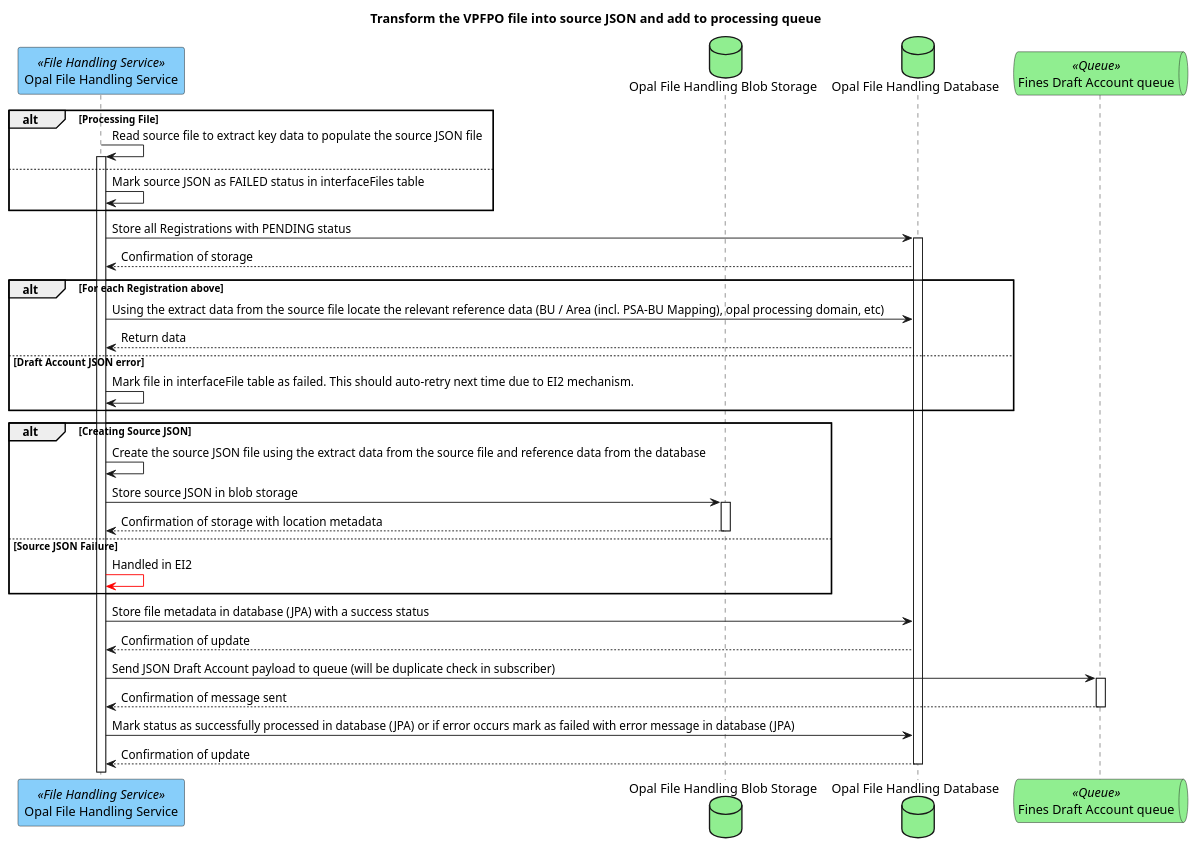
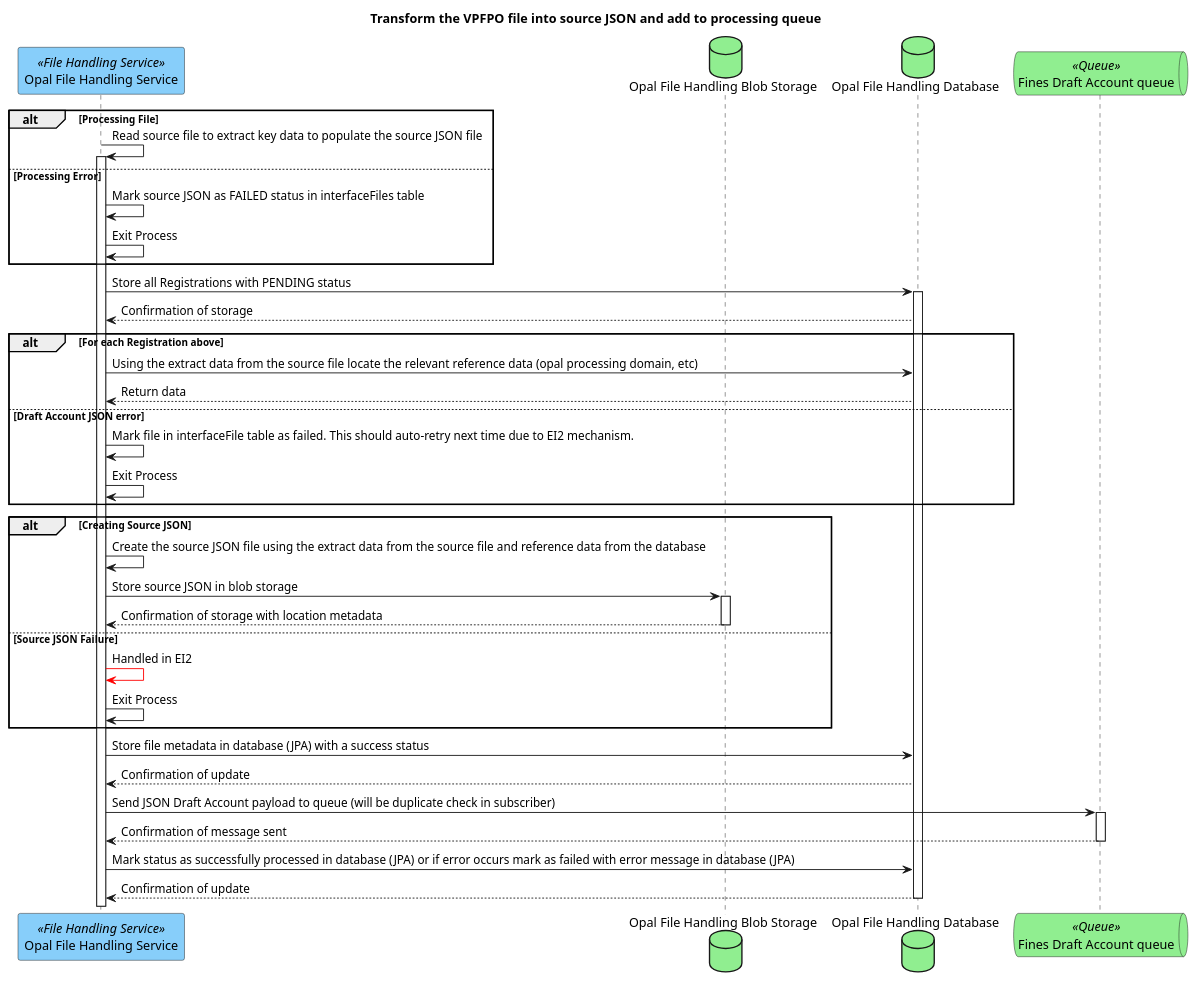
Before and after one commit to hmcts/opal-docs: the diagram in plantUML/external-interfaces/vpfpo-process-source-json.puml, drawn with PlantUML.

Commit message:
Explicitly showing exit process on VPFPO source JSON puml and removing PSA-BU mapping: wrong service.

```diff
--- a/plantUML/external-interfaces/vpfpo-process-source-json.puml
+++ b/plantUML/external-interfaces/vpfpo-process-source-json.puml
@@ -1,41 +1,44 @@
 @startuml
 title Transform the VPFPO file into source JSON and add to processing queue
 
 participant "Opal File Handling Service" as fileHandlingService <<File Handling Service>> #LightSkyBlue
 database "Opal File Handling Blob Storage" as fileHandlingBlobStorage #LightGreen
 database "Opal File Handling Database" as fileHandlingDb #LightGreen
 queue "Fines Draft Account queue" as finesDraftAccountQueue <<Queue>> #lightgreen
 
 alt Processing File
     fileHandlingService -> fileHandlingService ++ : Read source file to extract key data to populate the source JSON file
-else
+else Processing Error
     fileHandlingService -> fileHandlingService : Mark source JSON as FAILED status in interfaceFiles table
+    fileHandlingService -> fileHandlingService : Exit Process
 end
 fileHandlingService -> fileHandlingDb ++ : Store all Registrations with PENDING status
 fileHandlingDb --> fileHandlingService : Confirmation of storage
 
 alt For each Registration above
-    fileHandlingService -> fileHandlingDb : Using the extract data from the source file locate the relevant reference data (BU / Area (incl. PSA-BU Mapping), opal processing domain, etc)
+    fileHandlingService -> fileHandlingDb : Using the extract data from the source file locate the relevant reference data (opal processing domain, etc)
     fileHandlingDb --> fileHandlingService : Return data
 else Draft Account JSON error
     fileHandlingService -> fileHandlingService : Mark file in interfaceFile table as failed. This should auto-retry next time due to EI2 mechanism.
+    fileHandlingService -> fileHandlingService : Exit Process
 end
 
 alt Creating Source JSON
     fileHandlingService -> fileHandlingService : Create the source JSON file using the extract data from the source file and reference data from the database
     fileHandlingService -> fileHandlingBlobStorage ++ : Store source JSON in blob storage
     fileHandlingBlobStorage --> fileHandlingService -- : Confirmation of storage with location metadata
 else Source JSON Failure
     fileHandlingService[#red]-> fileHandlingService : Handled in EI2
+    fileHandlingService -> fileHandlingService : Exit Process
 end
 
 fileHandlingService -> fileHandlingDb : Store file metadata in database (JPA) with a success status
 fileHandlingDb --> fileHandlingService : Confirmation of update
 
 fileHandlingService -> finesDraftAccountQueue ++ : Send JSON Draft Account payload to queue (will be duplicate check in subscriber)
 finesDraftAccountQueue --> fileHandlingService -- : Confirmation of message sent
 
 fileHandlingService -> fileHandlingDb : Mark status as successfully processed in database (JPA) or if error occurs mark as failed with error message in database (JPA)
 fileHandlingDb --> fileHandlingService -- : Confirmation of update
 
 @enduml
```
